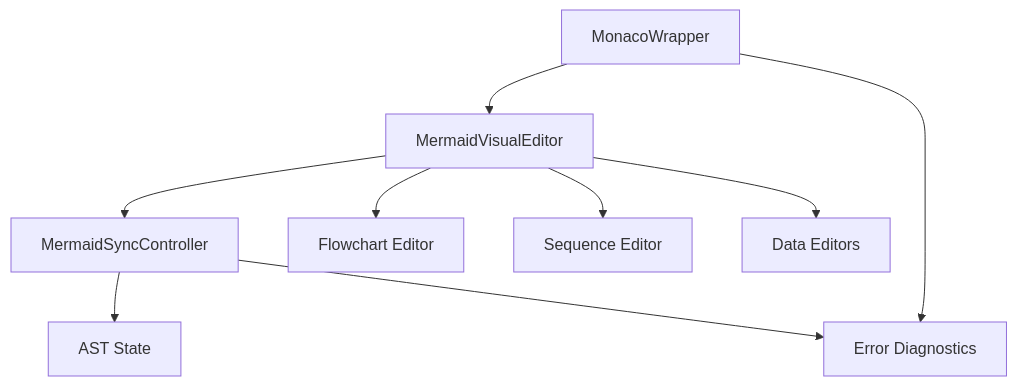
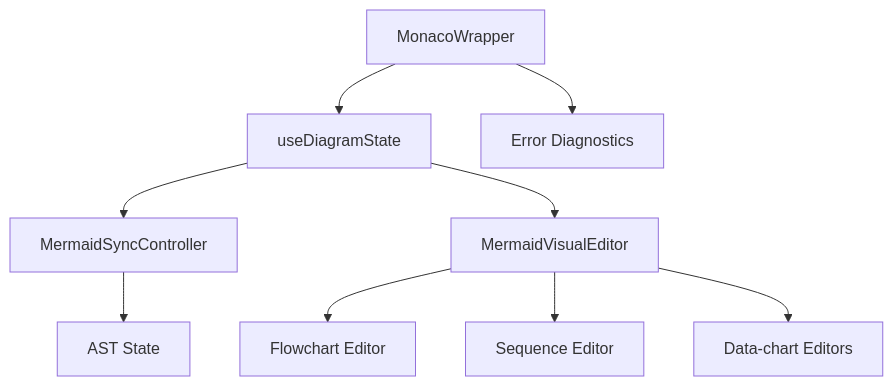
The sixth of 6 diagrams in .qoder/repowiki/en/content/Advanced Features/Bi-directional Synchronization.md (ongchonghian/universal-diagram-editor), drawn with Mermaid before and after one commit. The commit also changed other lines of this file and 31 other files, not shown here.

````diff
--- a/.qoder/repowiki/en/content/Advanced Features/Bi-directional Synchronization.md
+++ b/.qoder/repowiki/en/content/Advanced Features/Bi-directional Synchronization.md
@@ -423,19 +398,20 @@
 ```mermaid
 graph TB
 CTRL["MermaidSyncController"]
 AST["AST State"]
+HOOK["useDiagramState"]
 VIS["MermaidVisualEditor"]
 FLOW["Flowchart Editor"]
 SEQ["Sequence Editor"]
-DATA["Data Editors"]
+DATA["Data-chart Editors"]
 MON["MonacoWrapper"]
 ERR["Error Diagnostics"]
 CTRL --> AST
-VIS --> CTRL
+HOOK --> CTRL
+HOOK --> VIS
 VIS --> FLOW
 VIS --> SEQ
 VIS --> DATA
-MON --> VIS
+MON --> HOOK
 MON --> ERR
-CTRL --> ERR
 ```
````
